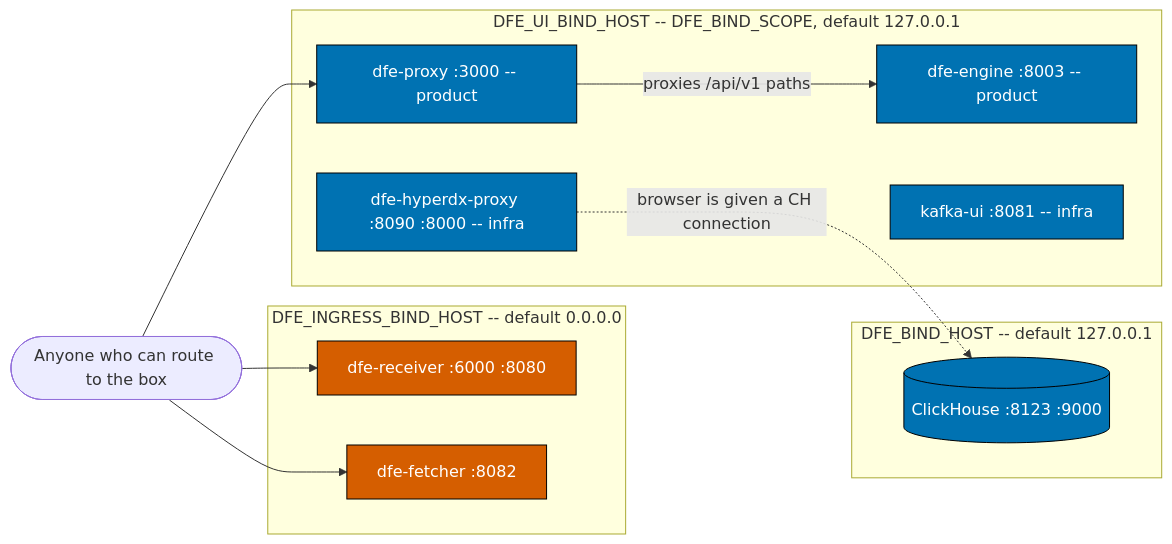
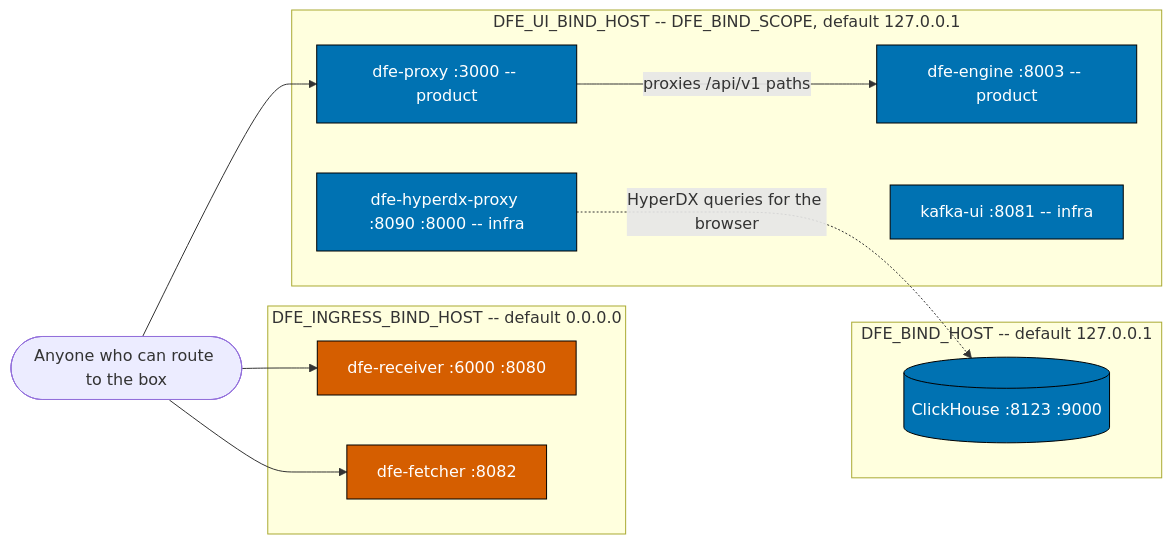
The diagram in docs/operating.md (hyperi-io/dfe-docker), drawn with Mermaid before and after one commit. The commit also changed other lines of this file and 9 other files, not shown here.

````diff
--- a/docs/operating.md
+++ b/docs/operating.md
@@ -55,31 +55,31 @@
 ```mermaid
 flowchart LR
     user(["Anyone who can route to the box"])
 
     subgraph ingress["DFE_INGRESS_BIND_HOST -- default 0.0.0.0"]
         recv["dfe-receiver :6000 :8080"]
         fetch["dfe-fetcher :8082"]
     end
 
     subgraph uis["DFE_UI_BIND_HOST -- DFE_BIND_SCOPE, default 127.0.0.1"]
         proxy["dfe-proxy :3000 -- product"]
         engine["dfe-engine :8003 -- product"]
         kafbat["kafka-ui :8081 -- infra"]
         hdx["dfe-hyperdx-proxy :8090 :8000 -- infra"]
     end
 
     subgraph operator["DFE_BIND_HOST -- default 127.0.0.1"]
         ch[(ClickHouse :8123 :9000)]
     end
 
     user --> recv
     user --> fetch
     user --> proxy
     proxy -->|proxies /api/v1 paths| engine
-    hdx -.->|browser is given a CH connection| ch
+    hdx -.->|HyperDX queries for the browser| ch
 
     classDef open fill:#D55E00,color:#ffffff,stroke:#000000
     classDef loop fill:#0072B2,color:#ffffff,stroke:#000000
     class recv,fetch open
     class proxy,engine,kafbat,hdx,ch loop
 ```
````
